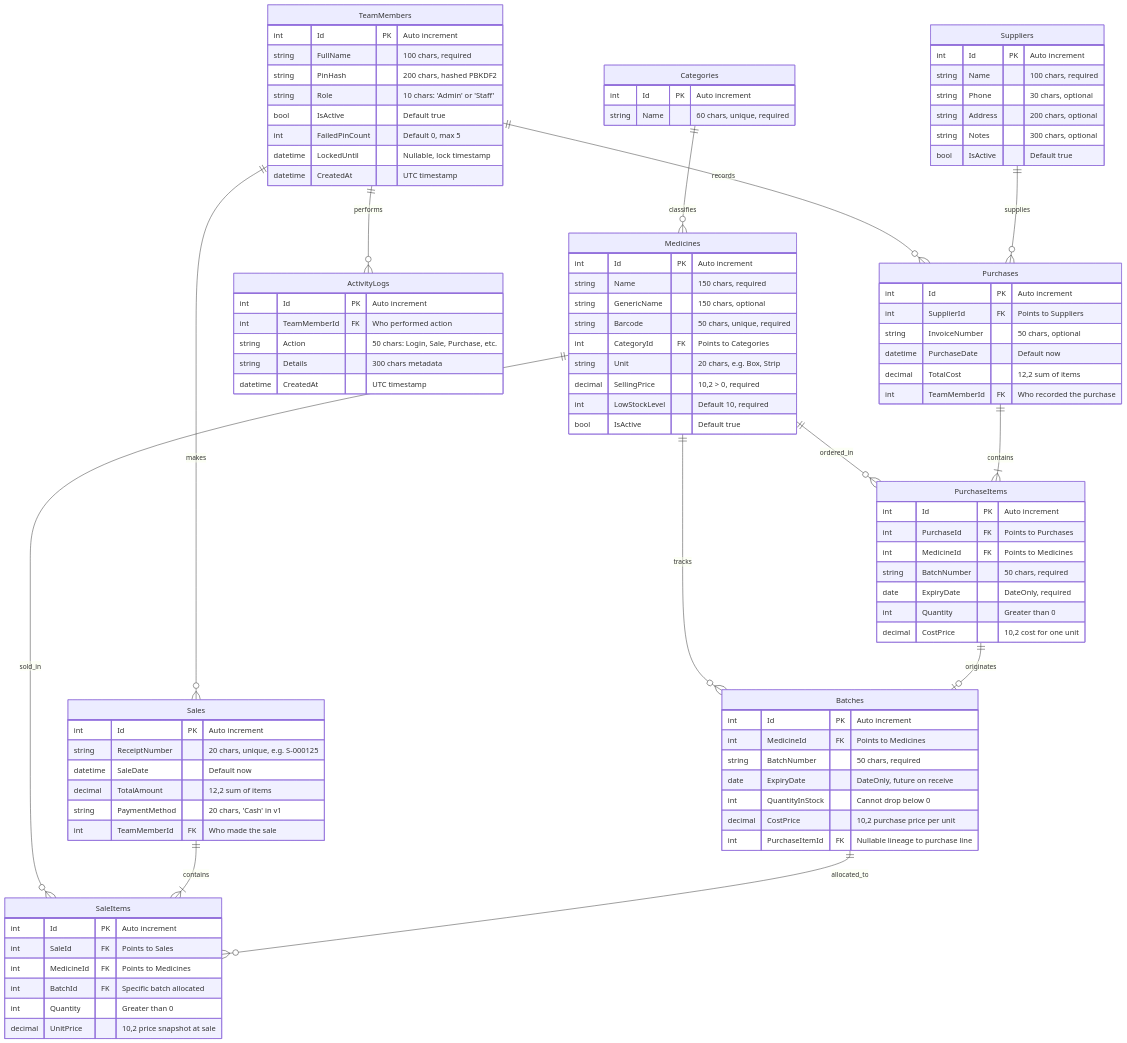
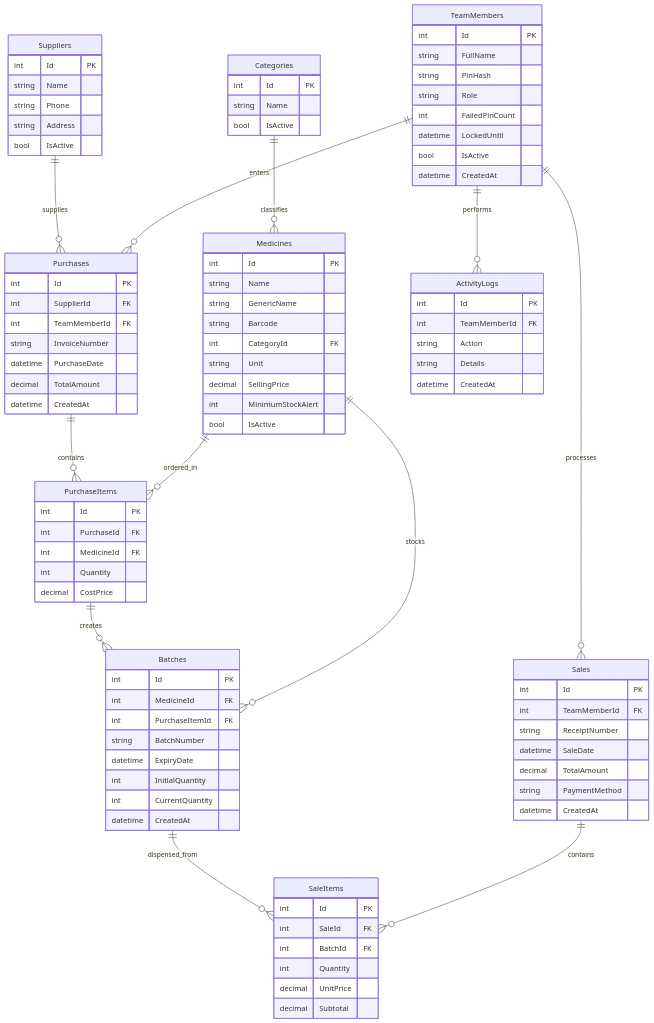
One commit to abdulrahmanhossam/PharmaDesk changed the diagram in docs/04-data-model.md. Above: the diagram before and after it, drawn with Mermaid. The commit also changed other lines of this file and 22 other files, not shown here.

````diff
--- a/docs/04-data-model.md
+++ b/docs/04-data-model.md
@@ -7,107 +9,98 @@
 ```mermaid
 erDiagram
-    TeamMembers ||--o{ Sales : "makes"
-    TeamMembers ||--o{ Purchases : "records"
+    Categories ||--o{ Medicines : "classifies"
+    Suppliers ||--o{ Purchases : "supplies"
+    Purchases ||--o{ PurchaseItems : "contains"
+    Medicines ||--o{ PurchaseItems : "ordered_in"
+    PurchaseItems ||--o{ Batches : "creates"
+    Medicines ||--o{ Batches : "stocks"
+    Batches ||--o{ SaleItems : "dispensed_from"
+    Sales ||--o{ SaleItems : "contains"
+    TeamMembers ||--o{ Sales : "processes"
+    TeamMembers ||--o{ Purchases : "enters"
     TeamMembers ||--o{ ActivityLogs : "performs"
-    Categories ||--o{ Medicines : "classifies"
-    Medicines ||--o{ Batches : "tracks"
-    Medicines ||--o{ SaleItems : "sold_in"
-    Medicines ||--o{ PurchaseItems : "ordered_in"
-    Suppliers ||--o{ Purchases : "supplies"
-    Purchases ||--|{ PurchaseItems : "contains"
-    Sales ||--|{ SaleItems : "contains"
-    Batches ||--o{ SaleItems : "allocated_to"
-    PurchaseItems ||--o| Batches : "originates"
-
-    TeamMembers {
-        int Id PK "Auto increment"
-        string FullName "100 chars, required"
-        string PinHash "200 chars, hashed PBKDF2"
-        string Role "10 chars: 'Admin' or 'Staff'"
-        bool IsActive "Default true"
-        int FailedPinCount "Default 0, max 5"
-        datetime LockedUntil "Nullable, lock timestamp"
-        datetime CreatedAt "UTC timestamp"
-    }
 
     Categories {
-        int Id PK "Auto increment"
-        string Name "60 chars, unique, required"
+        int Id PK
+        string Name
+        bool IsActive
     }
-
     Medicines {
-        int Id PK "Auto increment"
-        string Name "150 chars, required"
-        string GenericName "150 chars, optional"
-        string Barcode "50 chars, unique, required"
-        int CategoryId FK "Points to Categories"
-        string Unit "20 chars, e.g. Box, Strip"
-        decimal SellingPrice "10,2 > 0, required"
-        int LowStockLevel "Default 10, required"
-        bool IsActive "Default true"
+        int Id PK
+        string Name
+        string GenericName
+        string Barcode
+        int CategoryId FK
+        string Unit
+        decimal SellingPrice
+        int MinimumStockAlert
+        bool IsActive
     }
-
+    Suppliers {
+        int Id PK
+        string Name
+        string Phone
+        string Address
+        bool IsActive
+    }
+    Purchases {
+        int Id PK
+        int SupplierId FK
+        int TeamMemberId FK
+        string InvoiceNumber
+        datetime PurchaseDate
+        decimal TotalAmount
+        datetime CreatedAt
+    }
+    PurchaseItems {
+        int Id PK
+        int PurchaseId FK
+        int MedicineId FK
+        int Quantity
+        decimal CostPrice
+    }
     Batches {
-        int Id PK "Auto increment"
-        int MedicineId FK "Points to Medicines"
-        string BatchNumber "50 chars, required"
-        date ExpiryDate "DateOnly, future on receive"
-        int QuantityInStock "Cannot drop below 0"
-        decimal CostPrice "10,2 purchase price per unit"
-        int PurchaseItemId FK "Nullable lineage to purchase line"
+        int Id PK
+        int MedicineId FK
+        int PurchaseItemId FK
+        string BatchNumber
+        datetime ExpiryDate
+        int InitialQuantity
+        int CurrentQuantity
+        datetime CreatedAt
     }
-
-    Suppliers {
-        int Id PK "Auto increment"
-        string Name "100 chars, required"
-        string Phone "30 chars, optional"
-        string Address "200 chars, optional"
-        string Notes "300 chars, optional"
-        bool IsActive "Default true"
+    Sales {
+        int Id PK
+        int TeamMemberId FK
+        string ReceiptNumber
+        datetime SaleDate
+        decimal TotalAmount
+        string PaymentMethod
+        datetime CreatedAt
     }
-
-    Purchases {
-        int Id PK "Auto increment"
-        int SupplierId FK "Points to Suppliers"
-        string InvoiceNumber "50 chars, optional"
-        datetime PurchaseDate "Default now"
-        decimal TotalCost "12,2 sum of items"
-        int TeamMemberId FK "Who recorded the purchase"
+    SaleItems {
+        int Id PK
+        int SaleId FK
+        int BatchId FK
+        int Quantity
+        decimal UnitPrice
+        decimal Subtotal
     }
-
-    PurchaseItems {
-        int Id PK "Auto increment"
-        int PurchaseId FK "Points to Purchases"
-        int MedicineId FK "Points to Medicines"
-        string BatchNumber "50 chars, required"
-        date ExpiryDate "DateOnly, required"
-        int Quantity "Greater than 0"
-        decimal CostPrice "10,2 cost for one unit"
+    TeamMembers {
+        int Id PK
+        string FullName
+        string PinHash
+        string Role
+        int FailedPinCount
+        datetime LockedUntil
+        bool IsActive
+        datetime CreatedAt
     }
-
-    Sales {
-        int Id PK "Auto increment"
-        string ReceiptNumber "20 chars, unique, e.g. S-000125"
-        datetime SaleDate "Default now"
-        decimal TotalAmount "12,2 sum of items"
-        string PaymentMethod "20 chars, 'Cash' in v1"
-        int TeamMemberId FK "Who made the sale"
-    }
-
-    SaleItems {
-        int Id PK "Auto increment"
-        int SaleId FK "Points to Sales"
-        int MedicineId FK "Points to Medicines"
-        int BatchId FK "Specific batch allocated"
-        int Quantity "Greater than 0"
-        decimal UnitPrice "10,2 price snapshot at sale"
-    }
-
     ActivityLogs {
-        int Id PK "Auto increment"
-        int TeamMemberId FK "Who performed action"
-        string Action "50 chars: Login, Sale, Purchase, etc."
-        string Details "300 chars metadata"
-        datetime CreatedAt "UTC timestamp"
+        int Id PK
+        int TeamMemberId FK
+        string Action
+        string Details
+        datetime CreatedAt
     }
 ```
````
